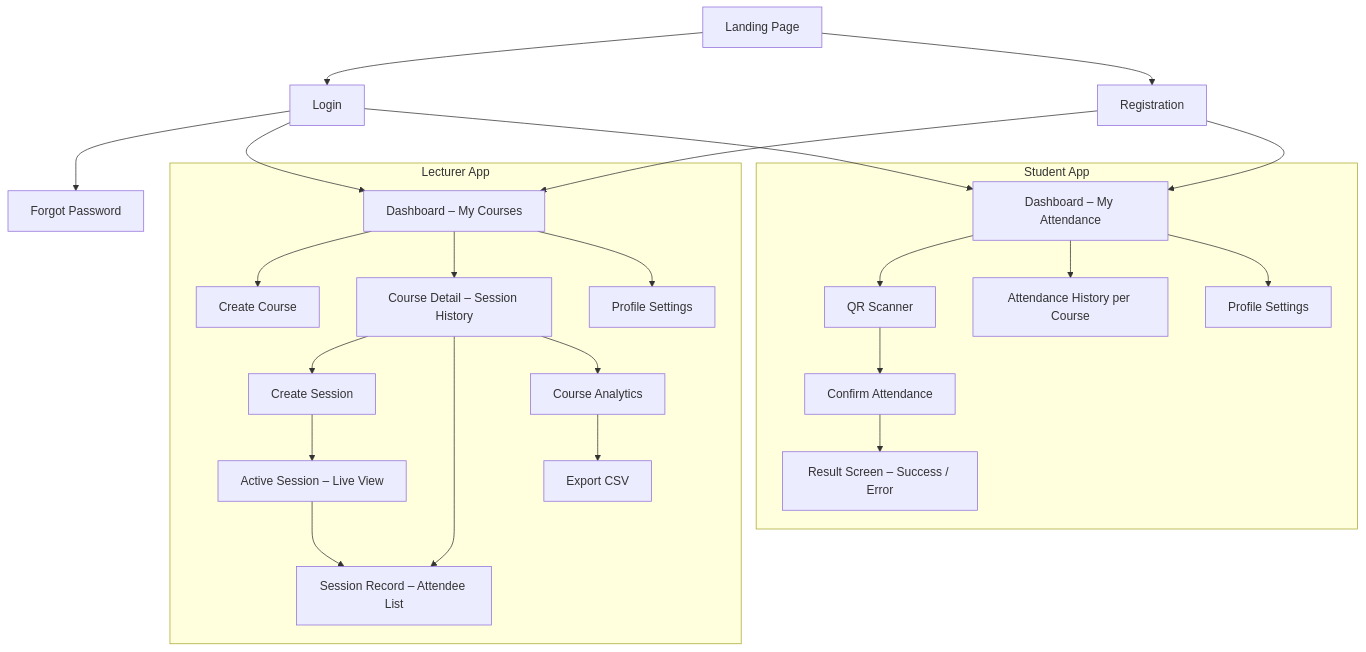
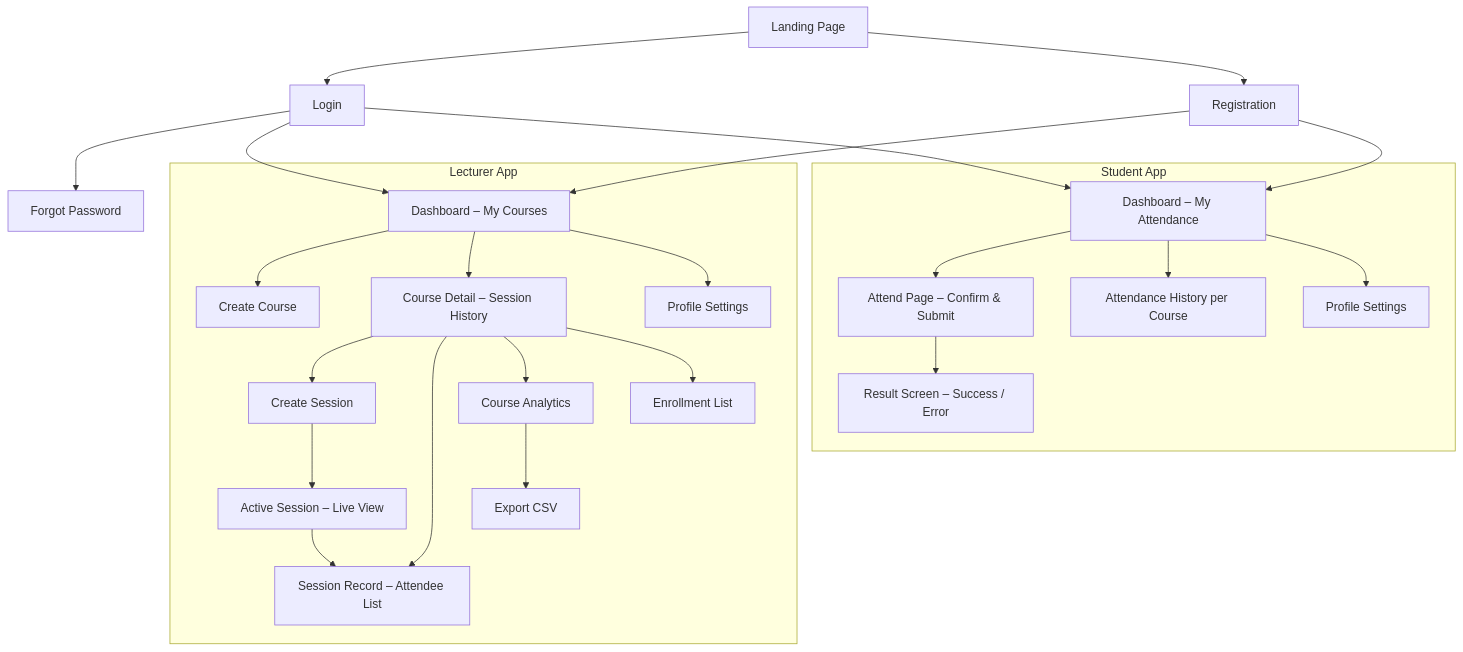
Before and after one commit to abdulbasit-io/Attendly: the first of 3 diagrams in docs/product_specification.md, drawn with Mermaid. The commit also changed other lines of this file and 5 other files, not shown here.

Commit message:
docs: update product specification with new enrollment, attendance flow, and session creation wizard details

````diff
--- a/docs/product_specification.md
+++ b/docs/product_specification.md
@@ -17,50 +17,50 @@
 ```mermaid
 graph TD
     LANDING[Landing Page]
     LOGIN[Login]
     REG[Registration]
     FORGOT[Forgot Password]
 
     subgraph Lecturer ["Lecturer App"]
         LD[Dashboard – My Courses]
         CC[Create Course]
         CD[Course Detail – Session History]
+        ENROLL[Enrollment List]
         CS[Create Session]
         AS[Active Session – Live View]
         SR[Session Record – Attendee List]
         STATS[Course Analytics]
         EXPORT[Export CSV]
         PROFILE_L[Profile Settings]
     end
 
     subgraph Student ["Student App"]
         SD[Dashboard – My Attendance]
-        SCAN[QR Scanner]
-        CONFIRM[Confirm Attendance]
+        ATTEND[Attend Page – Confirm & Submit]
         RESULT[Result Screen – Success / Error]
         HIST[Attendance History per Course]
         PROFILE_S[Profile Settings]
     end
 
     LANDING --> LOGIN
     LANDING --> REG
     LOGIN --> FORGOT
     LOGIN --> LD
     LOGIN --> SD
     REG --> LD
     REG --> SD
     LD --> CC
     LD --> CD
     CD --> CS
     CD --> SR
     CD --> STATS
+    CD --> ENROLL
     CS --> AS
     AS --> SR
     STATS --> EXPORT
     LD --> PROFILE_L
-    SD --> SCAN
-    SCAN --> CONFIRM
-    CONFIRM --> RESULT
+    SD --> ATTEND
+    ATTEND --> RESULT
     SD --> HIST
     SD --> PROFILE_S
 ```
````
